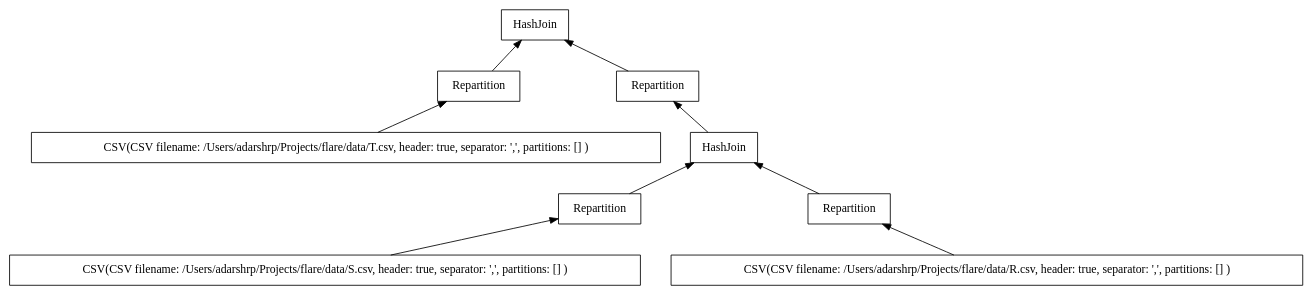
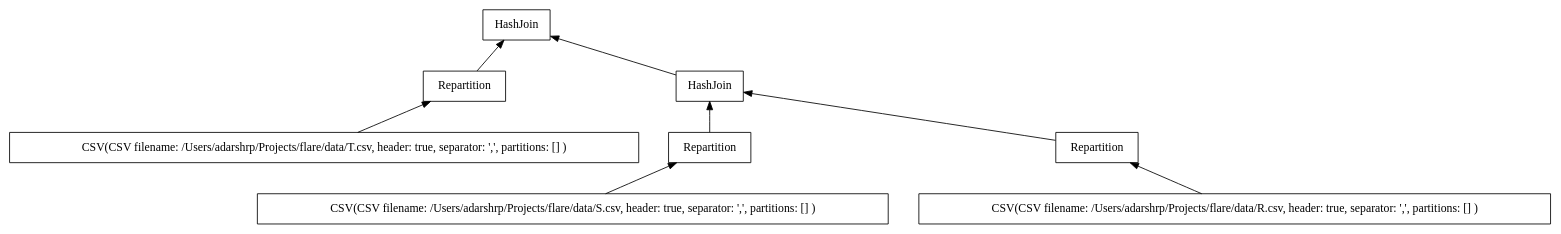
One commit to adarshpannu/kona changed the diagram in pop.dot. Above: the diagram before and after it, drawn with Graphviz. The commit also changed 13 other files, not shown here.

```diff
--- a/pop.dot
+++ b/pop.dot
@@ -1,23 +1,21 @@
 digraph example1 {
     node [shape=record];
     rankdir=BT;
     nodesep=0.5;
     ordering="in";
-    popkeyPOPKey8v1 -> popkeyPOPKey9v1;
     popkeyPOPKey7v1 -> popkeyPOPKey8v1;
-    popkeyPOPKey7v1[label="CSV(CSV  filename: /Users/adarshrp/Projects/flare/data/T.csv, header: true, separator: ',', partitions: [] )"];
-    popkeyPOPKey8v1[label="Repartition"];
-    popkeyPOPKey6v1 -> popkeyPOPKey9v1;
-    popkeyPOPKey5v1 -> popkeyPOPKey6v1;
+    popkeyPOPKey6v1 -> popkeyPOPKey7v1;
+    popkeyPOPKey6v1[label="CSV(CSV  filename: /Users/adarshrp/Projects/flare/data/T.csv, header: true, separator: ',', partitions: [] )"];
+    popkeyPOPKey7v1[label="Repartition"];
+    popkeyPOPKey5v1 -> popkeyPOPKey8v1;
     popkeyPOPKey4v1 -> popkeyPOPKey5v1;
     popkeyPOPKey3v1 -> popkeyPOPKey4v1;
     popkeyPOPKey3v1[label="CSV(CSV  filename: /Users/adarshrp/Projects/flare/data/S.csv, header: true, separator: ',', partitions: [] )"];
     popkeyPOPKey4v1[label="Repartition"];
     popkeyPOPKey2v1 -> popkeyPOPKey5v1;
     popkeyPOPKey1v1 -> popkeyPOPKey2v1;
     popkeyPOPKey1v1[label="CSV(CSV  filename: /Users/adarshrp/Projects/flare/data/R.csv, header: true, separator: ',', partitions: [] )"];
     popkeyPOPKey2v1[label="Repartition"];
     popkeyPOPKey5v1[label="HashJoin"];
-    popkeyPOPKey6v1[label="Repartition"];
-    popkeyPOPKey9v1[label="HashJoin"];
+    popkeyPOPKey8v1[label="HashJoin"];
 }
```
